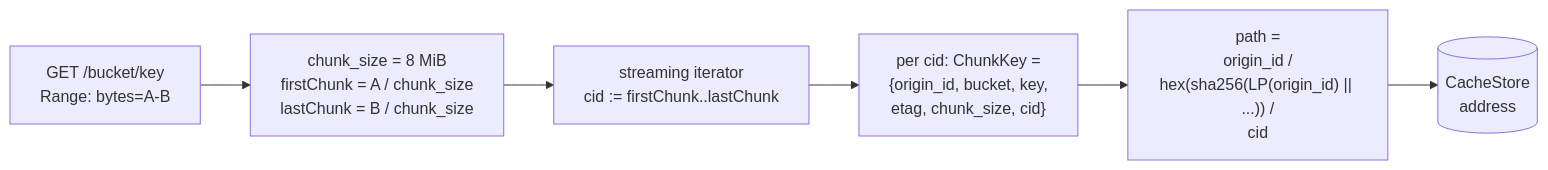
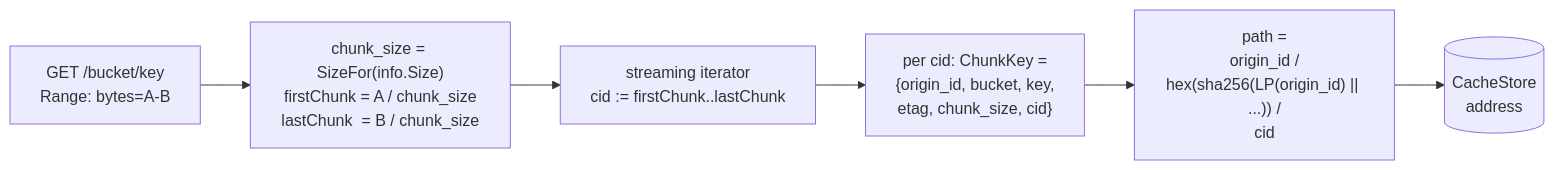
Before and after one commit to Azure/unbounded: the second of 7 diagrams in design/orca/design.md, drawn with Mermaid. The commit also changed other lines of this file and 1 other file, not shown here.

First line of the commit message:
design/orca: document chunk tier ladder and edge read-ahead

````diff
--- a/design/orca/design.md
+++ b/design/orca/design.md
@@ -298,8 +345,8 @@
 ```mermaid
 flowchart LR
-    Req["GET /bucket/key<br/>Range: bytes=A-B"] --> Math["chunk_size = 8 MiB<br/>firstChunk = A / chunk_size<br/>lastChunk  = B / chunk_size"]
+    Req["GET /bucket/key<br/>Range: bytes=A-B"] --> Math["chunk_size = SizeFor(info.Size)<br/>firstChunk = A / chunk_size<br/>lastChunk  = B / chunk_size"]
     Math --> Iter["streaming iterator<br/>cid := firstChunk..lastChunk"]
     Iter --> Keys["per cid: ChunkKey =<br/>{origin_id, bucket, key,<br/>etag, chunk_size, cid}"]
     Keys --> Path["path =<br/>origin_id /<br/>hex(sha256(LP(origin_id) || ...)) /<br/>cid"]
     Path --> CS[("CacheStore<br/>address")]
 ```
````
